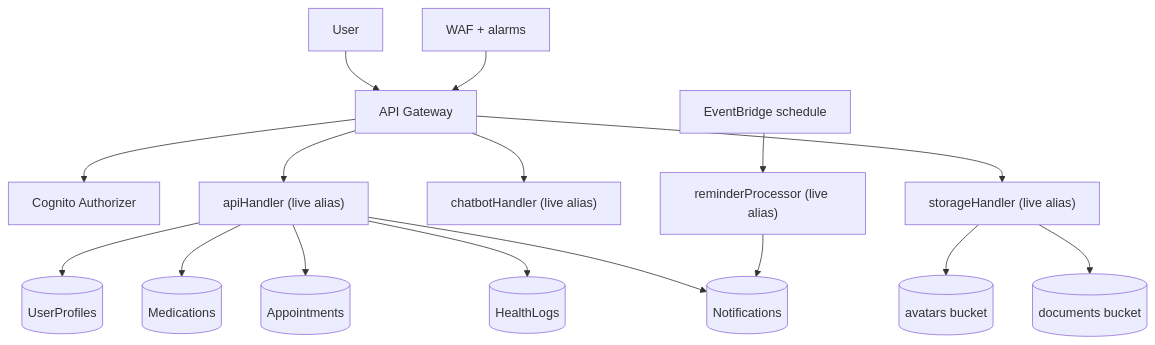
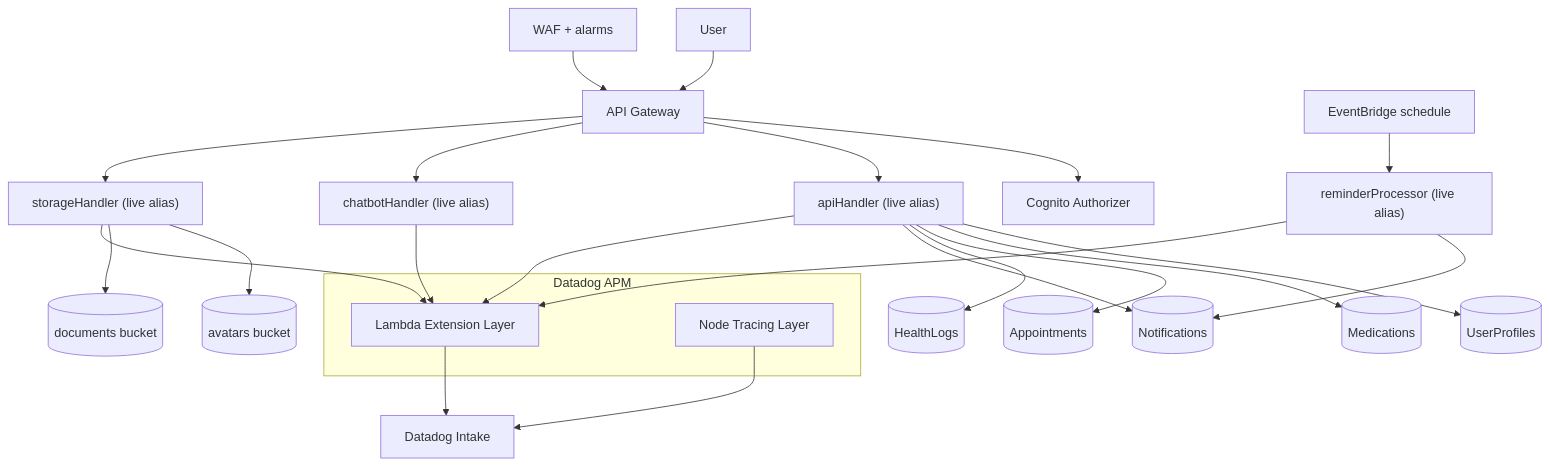
One commit to hoangsonww/SymptomSync-Health-App changed diagram 15 of 20 in ARCHITECTURE.md. Above: the diagram before and after it, drawn with Mermaid. The commit also changed other lines of this file and 23 other files, not shown here.

````diff
--- a/ARCHITECTURE.md
+++ b/ARCHITECTURE.md
@@ -437,22 +448,34 @@
 ```mermaid
 flowchart TB
   User["User"] --> APIGW["API Gateway"]
   APIGW --> Cognito["Cognito Authorizer"]
   APIGW --> ApiLambda["apiHandler (live alias)"]
   APIGW --> ChatLambda["chatbotHandler (live alias)"]
   APIGW --> StorageLambda["storageHandler (live alias)"]
 
   ApiLambda --> DDB1[(UserProfiles)]
   ApiLambda --> DDB2[(Medications)]
   ApiLambda --> DDB3[(Appointments)]
   ApiLambda --> DDB4[(HealthLogs)]
   ApiLambda --> DDB5[(Notifications)]
 
   StorageLambda --> S3A[(avatars bucket)]
   StorageLambda --> S3D[(documents bucket)]
 
   EventBridge["EventBridge schedule"] --> ReminderLambda["reminderProcessor (live alias)"]
   ReminderLambda --> DDB5
 
   WAF["WAF + alarms"] --> APIGW
+
+  subgraph DatadogAPM["Datadog APM"]
+    DDExt["Lambda Extension Layer"]
+    DDNode["Node Tracing Layer"]
+  end
+
+  ApiLambda --> DDExt
+  ChatLambda --> DDExt
+  StorageLambda --> DDExt
+  ReminderLambda --> DDExt
+  DDExt --> DDIntake["Datadog Intake"]
+  DDNode --> DDIntake
 ```
````
